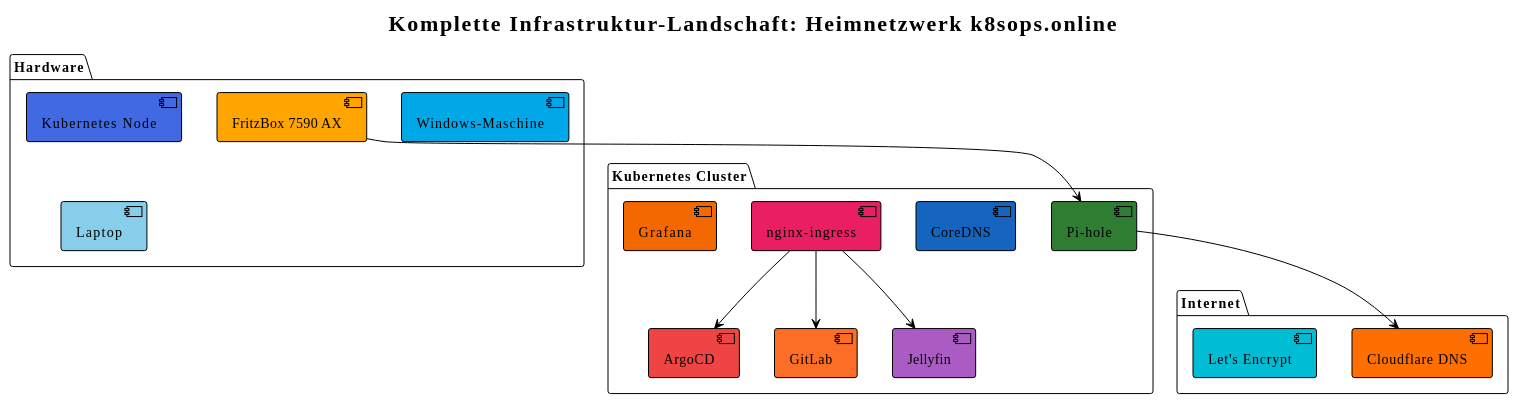
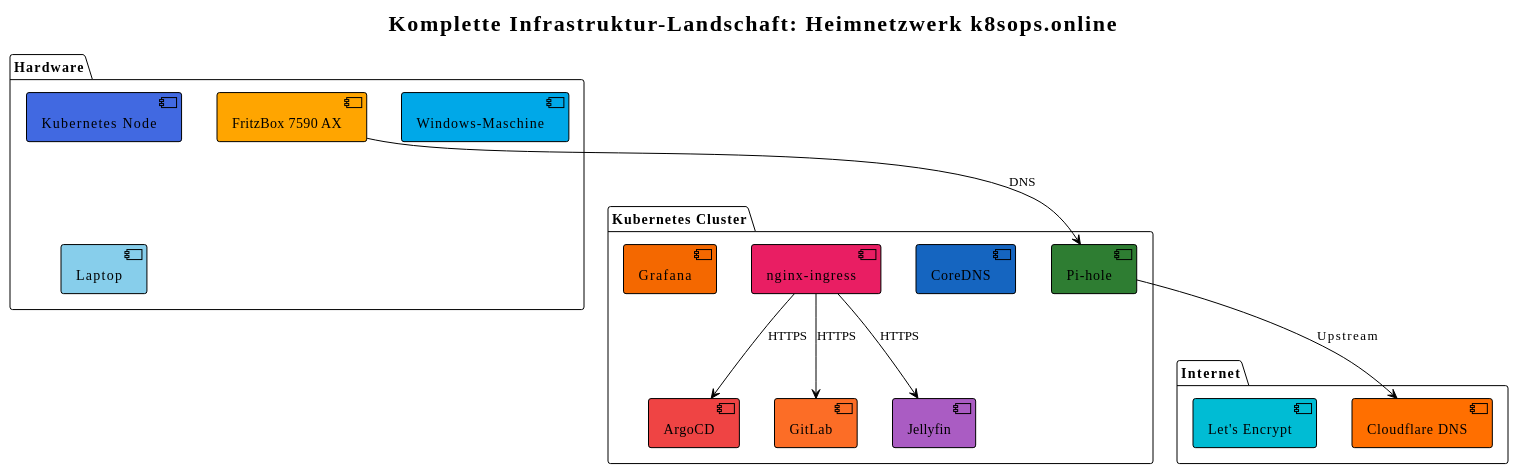
The diagram in infrastruktur-visualisierung-komplett.md (bernd-lab/heimnetzwerk-infra), drawn with PlantUML before and after one commit. The commit also changed other lines of this file, not shown here.

First line of the commit message:
Fix PlantUML rendering: Add rendered image URL instead of code block

````diff
--- a/infrastruktur-visualisierung-komplett.md
+++ b/infrastruktur-visualisierung-komplett.md
@@ -57,37 +63,37 @@
 ```plantuml
 @startuml Infrastruktur-Landschaft
 !theme plain
 skinparam backgroundColor #FFFFFF
 
 title Komplette Infrastruktur-Landschaft: Heimnetzwerk k8sops.online
 
 package "Hardware" {
   component "FritzBox 7590 AX" as fritzbox #FFA500
   component "Kubernetes Node" as k8snode #4169E1
   component "Windows-Maschine" as windows #00A8E8
   component "Laptop" as laptop #87CEEB
 }
 
 package "Kubernetes Cluster" {
   component "Pi-hole" as pihole #2E7D32
   component "CoreDNS" as coredns #1565C0
   component "nginx-ingress" as ingress #E91E63
   component "ArgoCD" as argocd #EF4444
   component "GitLab" as gitlab #FC6D26
   component "Jellyfin" as jellyfin #AA5CC3
   component "Grafana" as grafana #F46800
 }
 
 package "Internet" {
   component "Cloudflare DNS" as cloudflare #FF6F00
   component "Let's Encrypt" as letsencrypt #00BCD4
 }
 
-fritzbox --> pihole
-pihole --> cloudflare
-ingress --> argocd
-ingress --> gitlab
-ingress --> jellyfin
+fritzbox --> pihole : DNS
+pihole --> cloudflare : Upstream
+ingress --> argocd : HTTPS
+ingress --> gitlab : HTTPS
+ingress --> jellyfin : HTTPS
 
 @enduml
 ```
````
